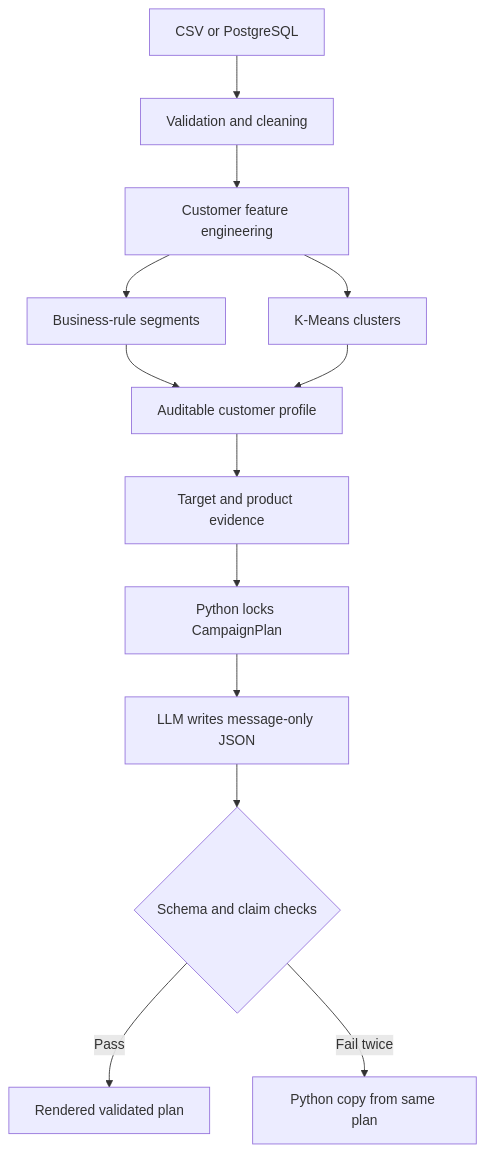
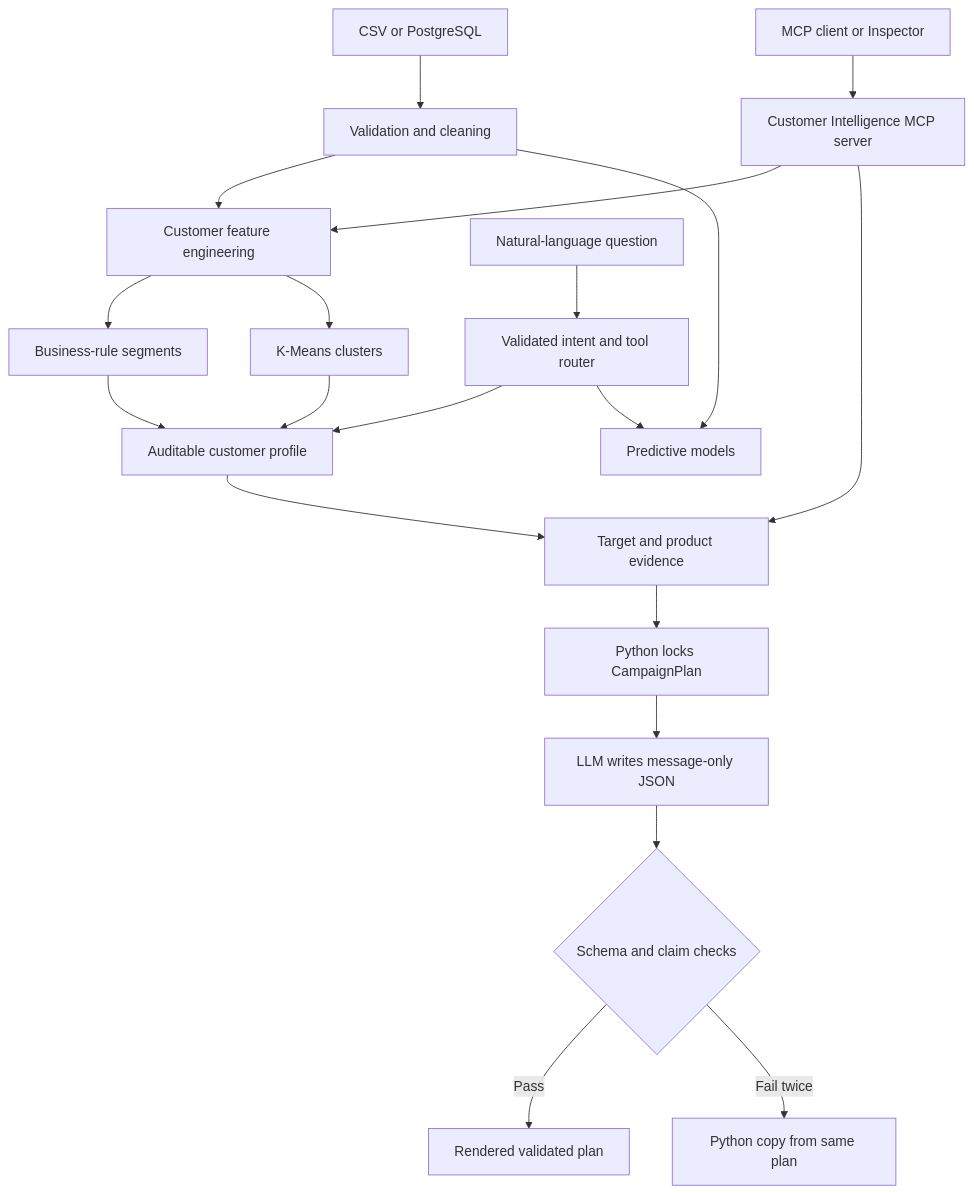
Before and after one commit to NATTAPAT-LEUNGRUNGSAP/customer-intelligence-ai-agent: the diagram in README.md, drawn with Mermaid. The commit also changed other lines of this file and 21 other files, not shown here.

Commit message:
Update V27 analyst, predictive tools, MCP and product catalog

````diff
--- a/README.md
+++ b/README.md
@@ -103,15 +118,22 @@
 ```mermaid
 flowchart TD
     A[CSV or PostgreSQL] --> B[Validation and cleaning]
     B --> C[Customer feature engineering]
     C --> D[Business-rule segments]
     C --> E[K-Means clusters]
+    B --> P[Predictive models]
     D --> F[Auditable customer profile]
     E --> F
+    Q[Natural-language question] --> R[Validated intent and tool router]
+    M[MCP client or Inspector] --> N[Customer Intelligence MCP server]
+    N --> C
+    N --> G
+    R --> F
+    R --> P
     F --> G[Target and product evidence]
     G --> H[Python locks CampaignPlan]
     H --> I[LLM writes message-only JSON]
     I --> J{Schema and claim checks}
     J -->|Pass| K[Rendered validated plan]
     J -->|Fail twice| L[Python copy from same plan]
 ```
````
